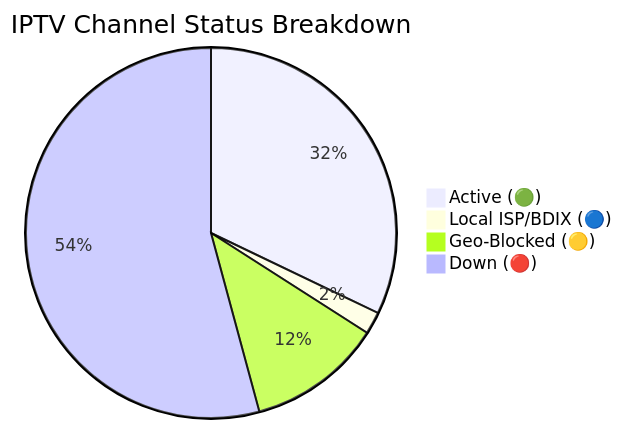
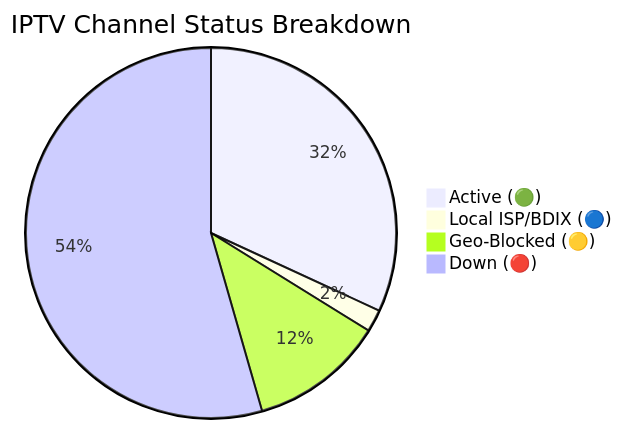
The diagram in README.md (andreataylord/Ip-tv-Collection), drawn with Mermaid before and after one commit. The commit also changed other lines of this file and 1 other file, not shown here.

Commit message:
docs(readme): auto-update daily channel status chart

````diff
--- a/README.md
+++ b/README.md
@@ -59,7 +59,7 @@
 ```mermaid
 pie title IPTV Channel Status Breakdown
-    "Active (🟢)" : 2115
+    "Active (🟢)" : 2100
     "Local ISP/BDIX (🔵)" : 128
-    "Geo-Blocked (🟡)" : 773
-    "Down (🔴)" : 3570
+    "Geo-Blocked (🟡)" : 772
+    "Down (🔴)" : 3586
 ```
````
